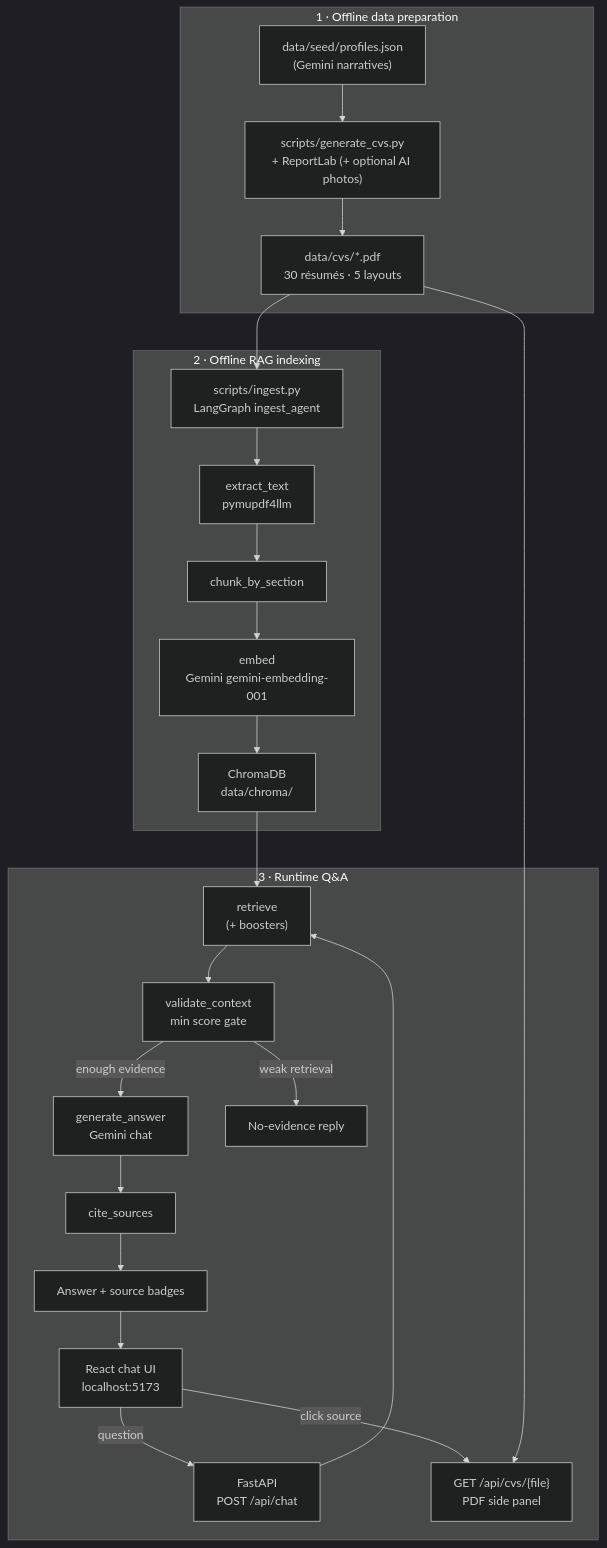
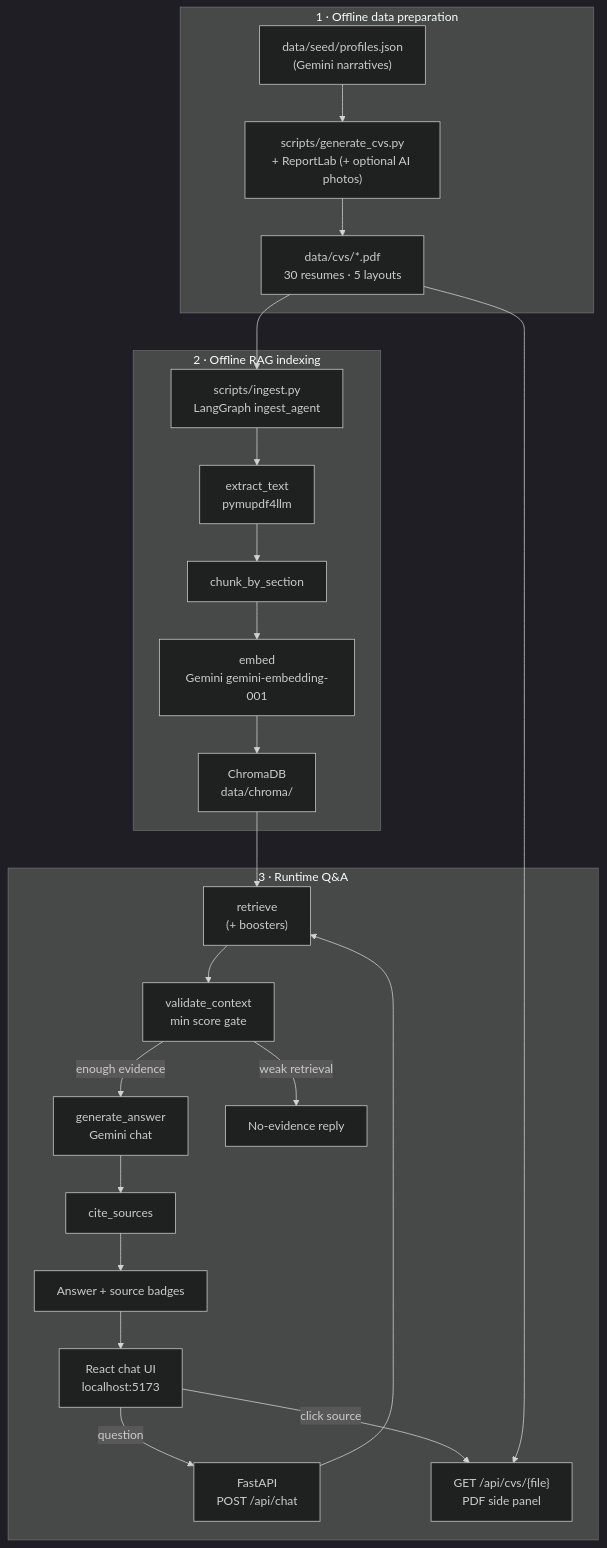
Before and after one commit to miguelfervi/ai-resume-screener: the diagram in docs/ARCHITECTURE.md, drawn with Mermaid (dark theme). The commit also changed other lines of this file and 2 other files, not shown here.

Commit message:
fix(rag): enrich named profile summaries with full CV sections

````diff
--- a/docs/ARCHITECTURE.md
+++ b/docs/ARCHITECTURE.md
@@ -7,39 +7,39 @@
 ```mermaid
 flowchart TB
   subgraph Offline["1 · Offline data preparation"]
     Seed["data/seed/profiles.json\n(Gemini narratives)"]
     Gen["scripts/generate_cvs.py\n+ ReportLab (+ optional AI photos)"]
-    PDFs["data/cvs/*.pdf\n30 résumés · 5 layouts"]
+    PDFs["data/cvs/*.pdf\n30 resumes · 5 layouts"]
     Seed --> Gen --> PDFs
   end
 
   subgraph Index["2 · Offline RAG indexing"]
     Ingest["scripts/ingest.py\nLangGraph ingest_agent"]
     Extract["extract_text\npymupdf4llm"]
     Chunk["chunk_by_section"]
     Embed["embed\nGemini gemini-embedding-001"]
     Chroma["ChromaDB\ndata/chroma/"]
     PDFs --> Ingest --> Extract --> Chunk --> Embed --> Chroma
   end
 
   subgraph Runtime["3 · Runtime Q&A"]
     UI["React chat UI\nlocalhost:5173"]
     API["FastAPI\nPOST /api/chat"]
     Retrieve["retrieve\n(+ boosters)"]
     Validate["validate_context\nmin score gate"]
     Generate["generate_answer\nGemini chat"]
     Cite["cite_sources"]
     Answer["Answer + source badges"]
     Preview["GET /api/cvs/{file}\nPDF side panel"]
 
     UI -->|question| API
     API --> Retrieve
     Chroma --> Retrieve
     Retrieve --> Validate
     Validate -->|enough evidence| Generate --> Cite --> Answer
     Validate -->|weak retrieval| NoEv["No-evidence reply"]
     Answer --> UI
     UI -->|click source| Preview
     PDFs --> Preview
   end
 ```
````
